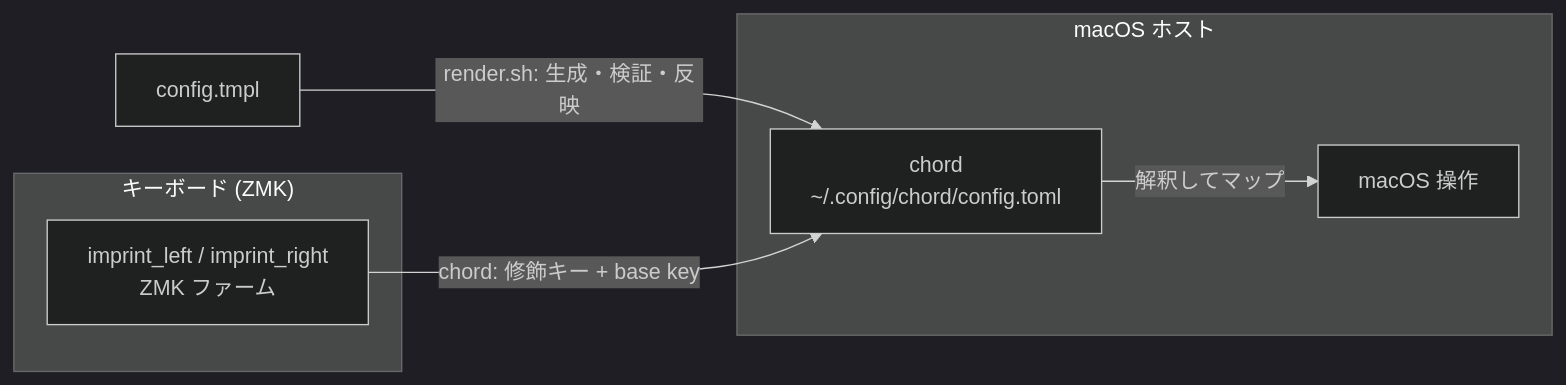
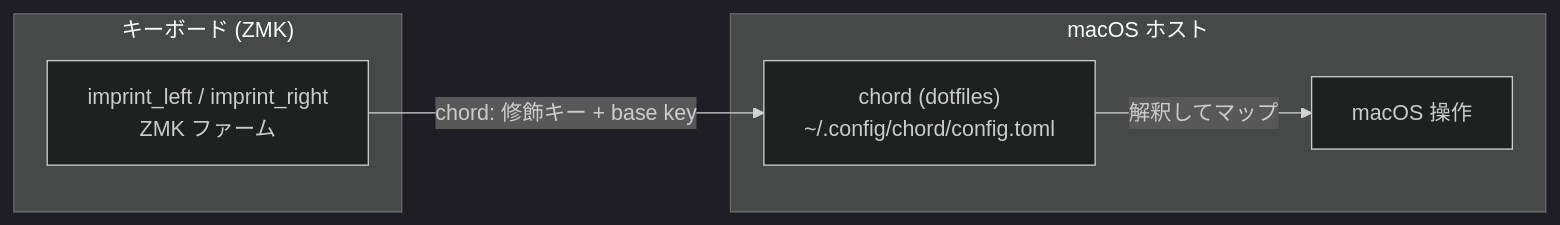
Before and after one commit to akira-toriyama/canon: the diagram in README.md, drawn with Mermaid (dark theme). The commit also changed other lines of this file and 16 other files, not shown here.

First line of the commit message:
:fire: refactor: host/chord/ を dotfiles へ移管(本リポは ZMK 側に focus)

````diff
--- a/README.md
+++ b/README.md
@@ -19,13 +13,12 @@
 ```mermaid
 flowchart LR
   subgraph KB["キーボード (ZMK)"]
     FW["imprint_left / imprint_right<br/>ZMK ファーム"]
   end
   subgraph MAC["macOS ホスト"]
-    CHORD["chord<br/>~/.config/chord/config.toml"]
+    CHORD["chord (dotfiles)<br/>~/.config/chord/config.toml"]
     ACT["macOS 操作"]
   end
-  TMPL["config.tmpl"] -->|"render.sh: 生成・検証・反映"| CHORD
   FW -->|"chord: 修飾キー + base key"| CHORD
   CHORD -->|"解釈してマップ"| ACT
 ```
````
